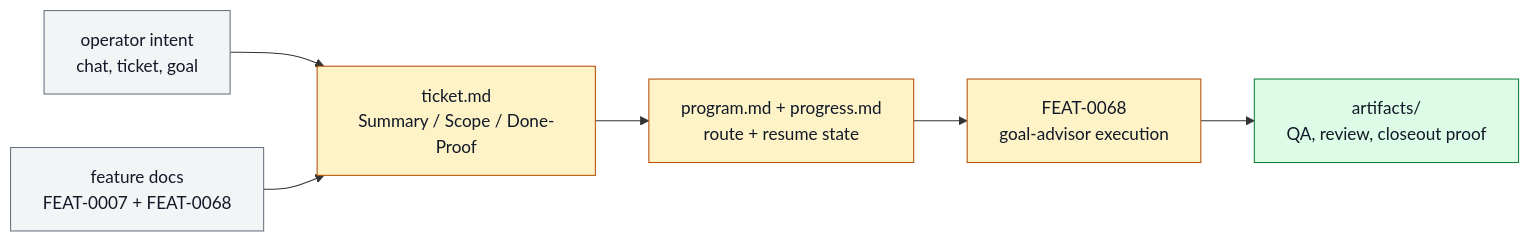
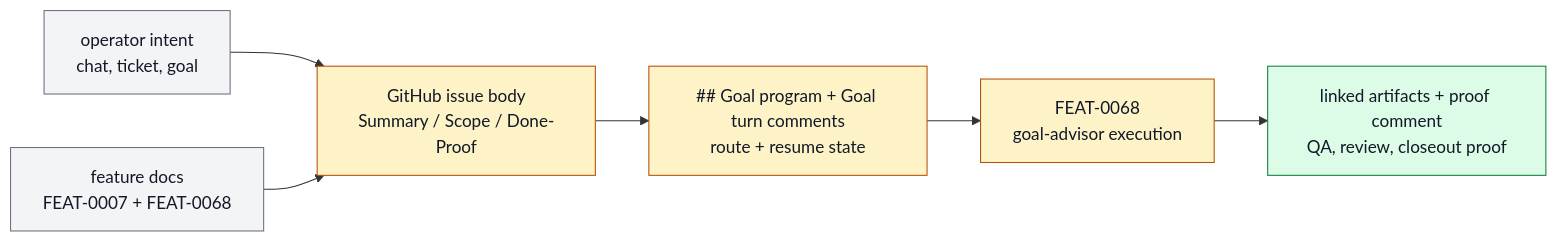
Before and after one commit to ZanarkandTechnologies/Farplane: the diagram in docs/systems/work-loop.md, drawn with Mermaid. The commit also changed 70 other files, not shown here.

First line of the commit message:
refactor(goal-advisor): Goal Packets live on the GitHub issue

````diff
--- a/docs/systems/work-loop.md
+++ b/docs/systems/work-loop.md
@@ -89,17 +89,17 @@
 ```mermaid
 flowchart LR
   classDef keep fill:#f3f4f6,stroke:#6b7280,color:#111827
   classDef changed fill:#fef3c7,stroke:#b45309,color:#111827
   classDef added fill:#dcfce7,stroke:#15803d,color:#111827
   classDef retired fill:#fee2e2,stroke:#b91c1c,color:#7f1d1d,stroke-dasharray: 5 3
 
   intent["operator intent<br/>chat, ticket, goal"]:::keep
-  ticket["ticket.md<br/>Summary / Scope / Done-Proof"]:::changed
-  program["program.md + progress.md<br/>route + resume state"]:::changed
+  ticket["GitHub issue body<br/>Summary / Scope / Done-Proof"]:::changed
+  program["## Goal program + Goal turn comments<br/>route + resume state"]:::changed
   goal["FEAT-0068<br/>goal-advisor execution"]:::changed
-  proof["artifacts/<br/>QA, review, closeout proof"]:::added
+  proof["linked artifacts + proof comment<br/>QA, review, closeout proof"]:::added
   registry["feature docs<br/>FEAT-0007 + FEAT-0068"]:::keep
 
   intent --> ticket --> program --> goal --> proof
   registry --> ticket
 ```
````
